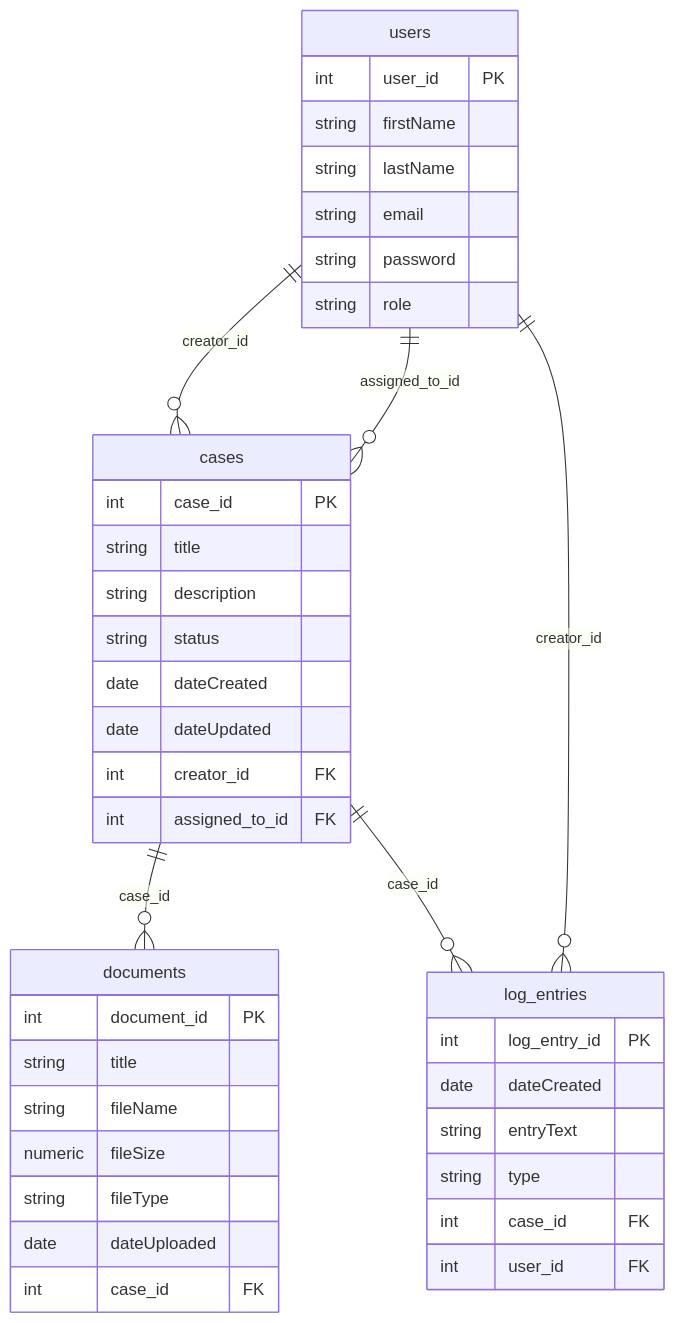
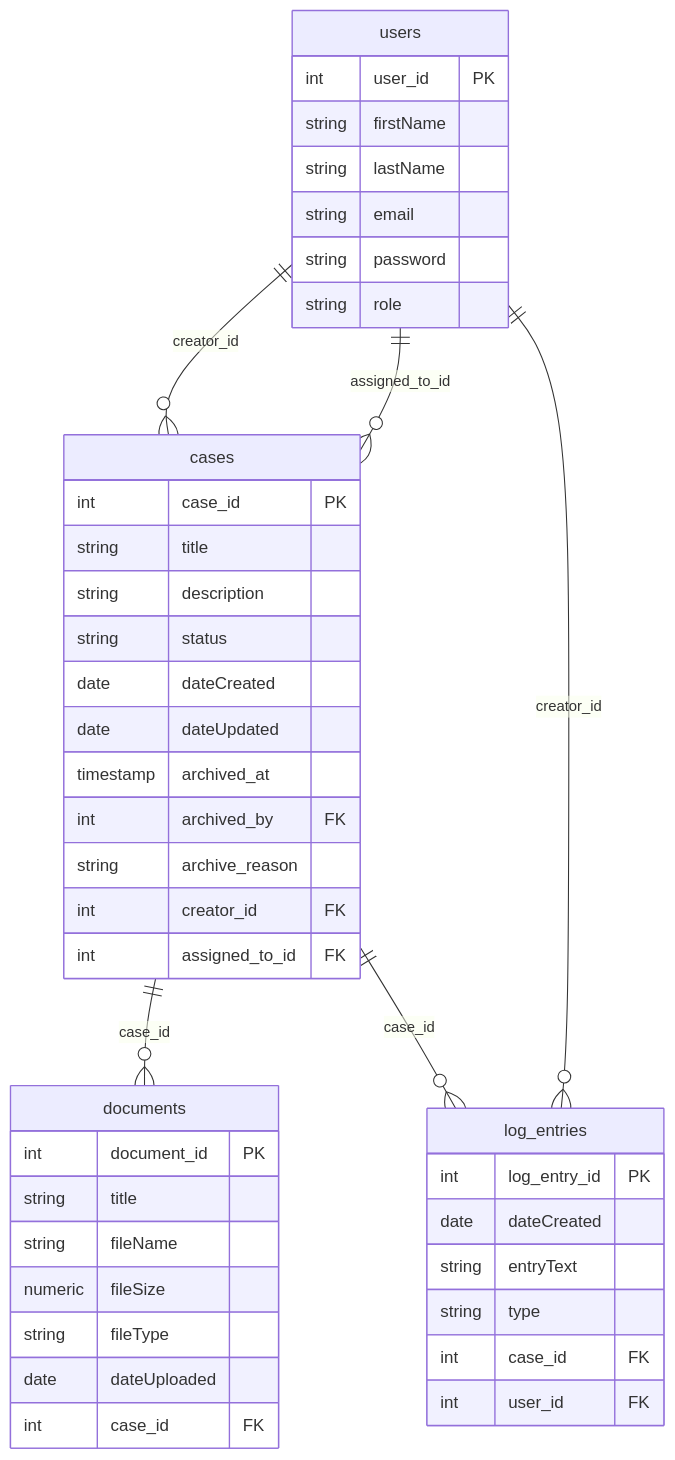
One commit to mattburnett-repo/servepoint changed the diagram in design/mermaid/data-model.md. Above: the diagram before and after it, drawn with Mermaid. The commit also changed other lines of this file and 17 other files, not shown here.

````diff
--- a/design/mermaid/data-model.md
+++ b/design/mermaid/data-model.md
@@ -5,47 +5,50 @@
 ```mermaid
 erDiagram
     users ||--o{ cases : "creator_id"
     users ||--o{ cases : "assigned_to_id"
     users ||--o{ log_entries : "creator_id"
     cases ||--o{ documents : "case_id"
     cases ||--o{ log_entries : "case_id"
 
     users {
         int user_id PK
         string firstName
         string lastName
         string email
         string password
         string role
     }
 
     cases {
         int case_id PK
         string title
         string description
         string status
         date dateCreated
         date dateUpdated
+        timestamp archived_at
+        int archived_by FK
+        string archive_reason
         int creator_id FK
         int assigned_to_id FK
     }
 
     documents {
         int document_id PK
         string title
         string fileName
         numeric fileSize
         string fileType
         date dateUploaded
         int case_id FK
     }
 
     log_entries {
         int log_entry_id PK
         date dateCreated
         string entryText
         string type
         int case_id FK
         int user_id FK
     }
 ```
````
